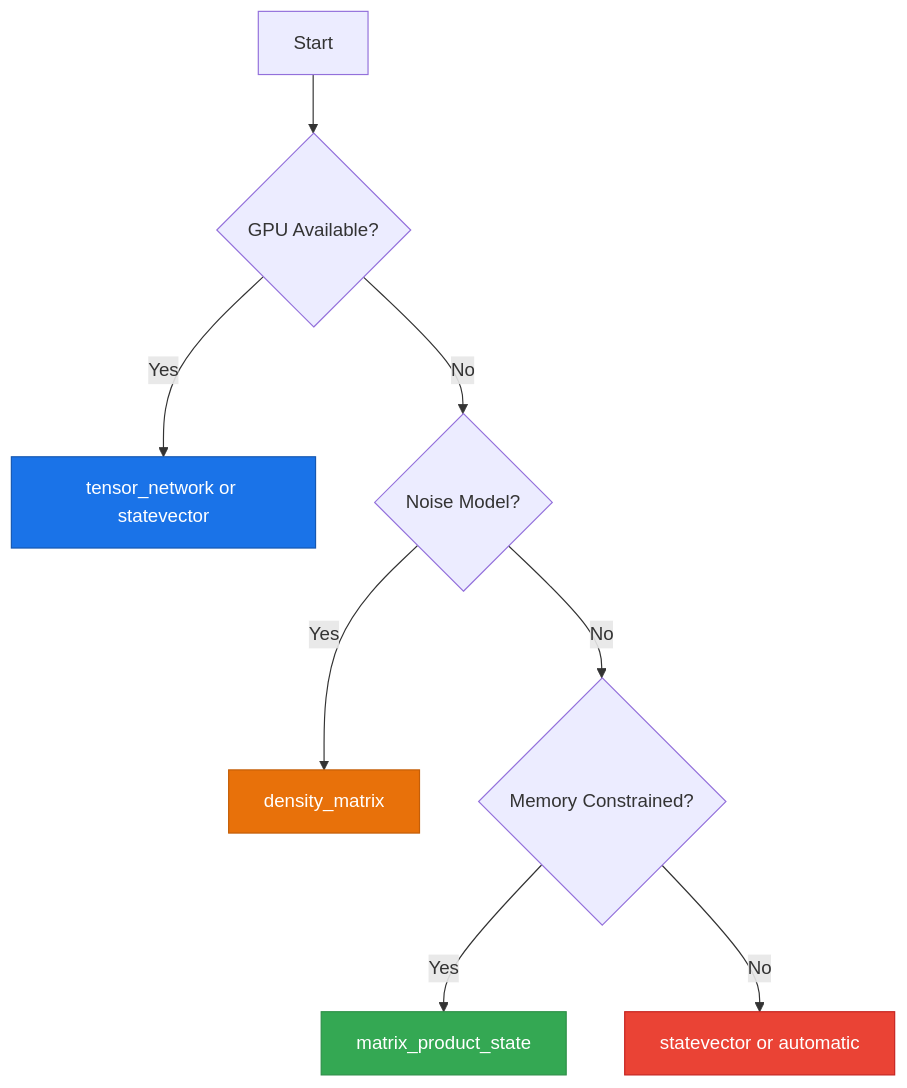
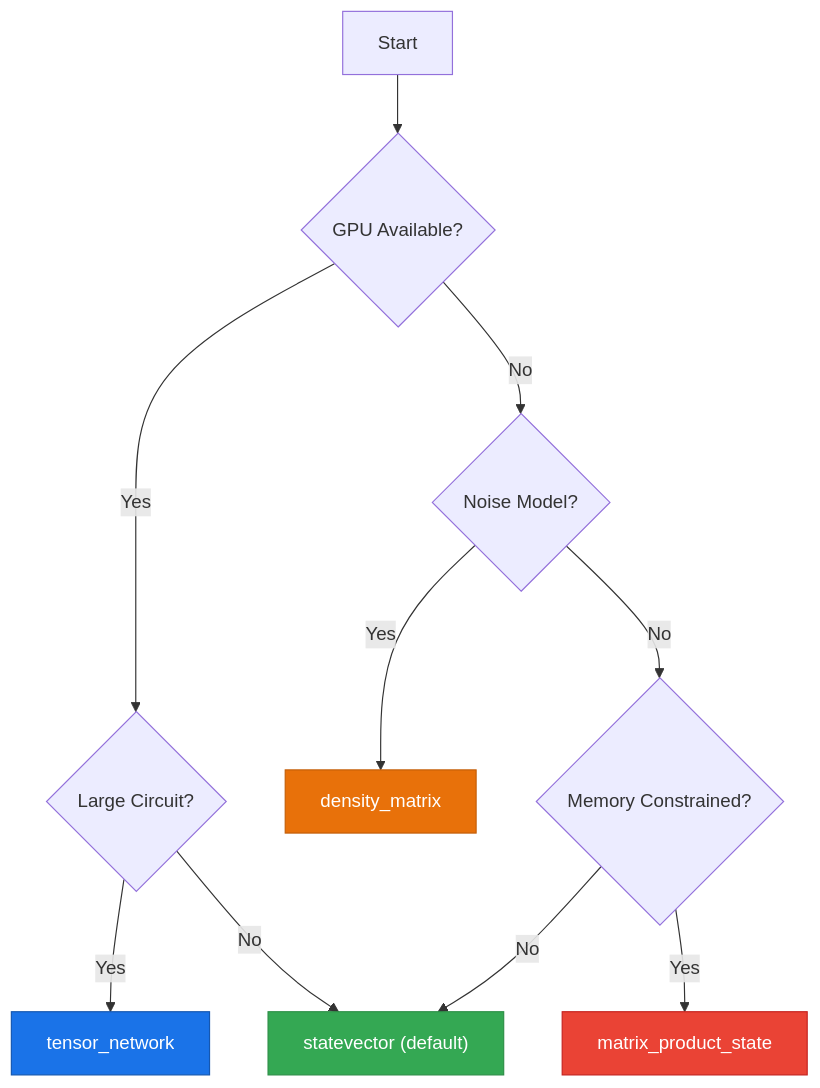
One commit to straightchlorine/quantum-pipeline changed the diagram in docs/usage/simulation-methods.md. Above: the diagram before and after it, drawn with Mermaid. The commit also changed other lines of this file and 146 other files, not shown here.

````diff
--- a/docs/usage/simulation-methods.md
+++ b/docs/usage/simulation-methods.md
@@ -303,15 +123,17 @@
 ```mermaid
 graph TD
     A[Start] --> B{GPU Available?}
-    B -->|Yes| C["tensor_network or statevector"]
-    B -->|No| D{Noise Model?}
-    D -->|Yes| E[density_matrix]
-    D -->|No| F{Memory Constrained?}
-    F -->|Yes| G[matrix_product_state]
-    F -->|No| H["statevector or automatic"]
+    B -->|Yes| C{Large Circuit?}
+    C -->|Yes| D[tensor_network]
+    C -->|No| E["statevector (default)"]
+    B -->|No| F{Noise Model?}
+    F -->|Yes| G[density_matrix]
+    F -->|No| H{Memory Constrained?}
+    H -->|Yes| I[matrix_product_state]
+    H -->|No| E
 
-    style C fill:#1a73e8,color:#fff,stroke:#1557b0
-    style E fill:#e8710a,color:#fff,stroke:#c45e08
-    style G fill:#34a853,color:#fff,stroke:#2d8f47
-    style H fill:#ea4335,color:#fff,stroke:#c5221f
+    style D fill:#1a73e8,color:#fff,stroke:#1557b0
+    style E fill:#34a853,color:#fff,stroke:#2d8f47
+    style G fill:#e8710a,color:#fff,stroke:#c45e08
+    style I fill:#ea4335,color:#fff,stroke:#c5221f
 ```
````
